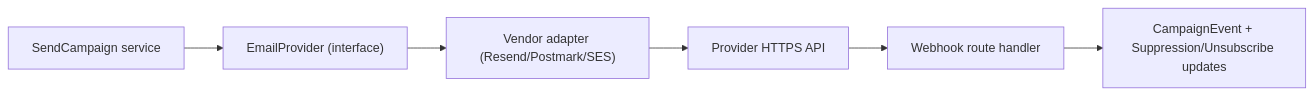
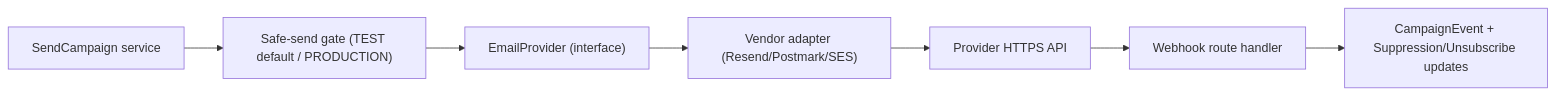
One commit to khaledAxis/AXIS-Customer-Communication-Platform changed the fourth of 6 diagrams in docs/architecture.md. Above: the diagram before and after it, drawn with Mermaid. The commit also changed other lines of this file and 46 other files, not shown here.

````diff
--- a/docs/architecture.md
+++ b/docs/architecture.md
@@ -166,8 +236,9 @@
 ```mermaid
 flowchart LR
-    SendService["SendCampaign service"] --> Port["EmailProvider (interface)"]
+    SendService["SendCampaign service"] --> Gate["Safe-send gate (TEST default / PRODUCTION)"]
+    Gate --> Port["EmailProvider (interface)"]
     Port --> Adapter["Vendor adapter (Resend/Postmark/SES)"]
     Adapter --> API["Provider HTTPS API"]
     API --> WH["Webhook route handler"]
     WH --> Events["CampaignEvent + Suppression/Unsubscribe updates"]
 ```
````
